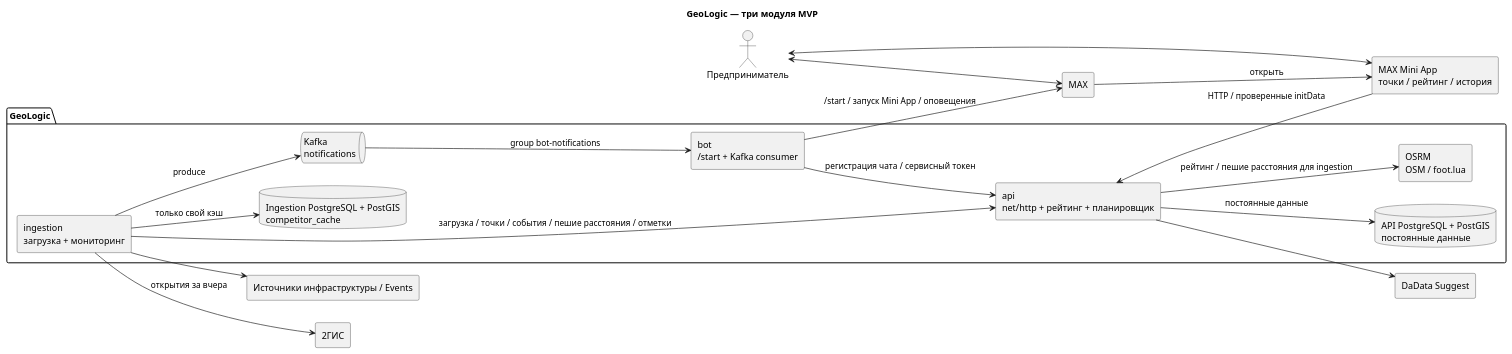
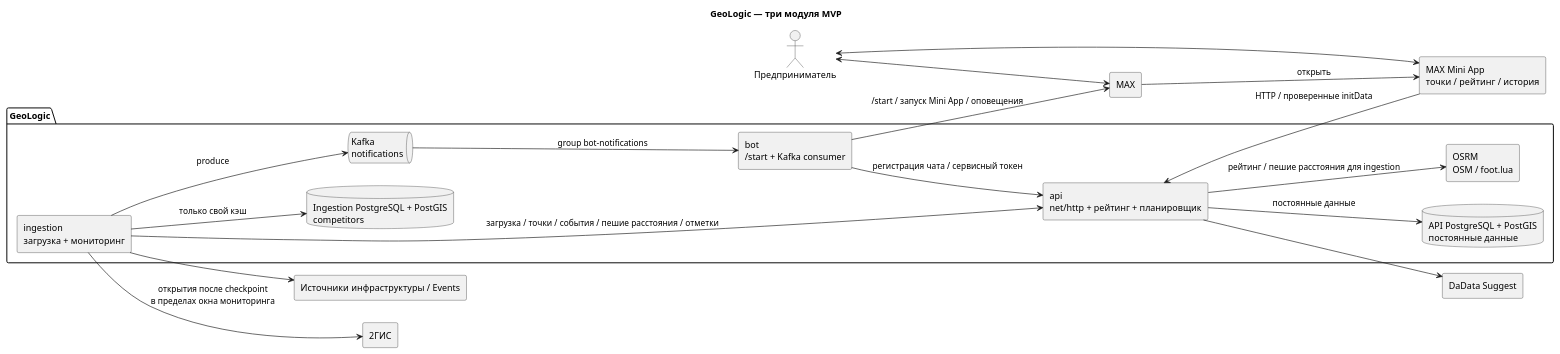
The diagram in docs/diagrams/src/c4-containers.puml (kotafan1rich/GeoLogic-Monitor), drawn with PlantUML before and after one commit. The commit also changed 20 other files, not shown here.

```diff
--- a/docs/diagrams/src/c4-containers.puml
+++ b/docs/diagrams/src/c4-containers.puml
@@ -1,36 +1,36 @@
 @startuml c4-containers
 title GeoLogic — три модуля MVP
 left to right direction
 skinparam componentStyle rectangle
 skinparam shadowing false
 actor "Предприниматель" as user
 rectangle "MAX" as max
 rectangle "MAX Mini App\nточки / рейтинг / история" as miniapp
 package "GeoLogic" {
  rectangle "bot\n/start + Kafka consumer" as bot
  rectangle "api\nnet/http + рейтинг + планировщик" as api
  rectangle "ingestion\nзагрузка + мониторинг" as worker
  database "API PostgreSQL + PostGIS\nпостоянные данные" as apidb
- database "Ingestion PostgreSQL + PostGIS\ncompetitor_cache" as ingestiondb
+ database "Ingestion PostgreSQL + PostGIS\ncompetitors" as ingestiondb
  queue "Kafka\nnotifications" as kafka
  rectangle "OSRM\nOSM / foot.lua" as osrm
 }
 rectangle "DaData Suggest" as geo
 rectangle "Источники инфраструктуры / Events" as sources
 rectangle "2ГИС" as gis
 user <--> max
 bot --> max : /start / запуск Mini App / оповещения
 user <--> miniapp
 max --> miniapp : открыть
 miniapp --> api : HTTP / проверенные initData
 bot --> api : регистрация чата / сервисный токен
 worker --> api : загрузка / точки / события / пешие расстояния / отметки
 api --> apidb : постоянные данные
 api --> geo
 api --> osrm : рейтинг / пешие расстояния для ingestion
 worker --> ingestiondb : только свой кэш
 worker --> sources
-worker --> gis : открытия за вчера
+worker --> gis : открытия после checkpoint\nв пределах окна мониторинга
 worker --> kafka : produce
 kafka --> bot : group bot-notifications
 @enduml
```
